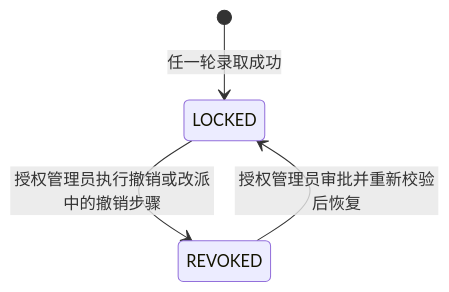
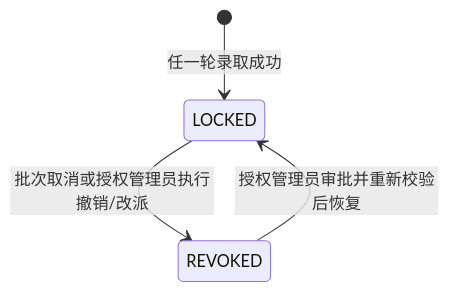
Before and after one commit to xiaot4321/hnust-selection: the third of 3 diagrams in docs/state-machine.md, drawn with Mermaid. The commit also changed other lines of this file and 103 other files, not shown here.

````diff
--- a/docs/state-machine.md
+++ b/docs/state-machine.md
@@ -187,6 +188,6 @@
 ```mermaid
 stateDiagram-v2
     [*] --> LOCKED: 任一轮录取成功
-    LOCKED --> REVOKED: 授权管理员执行撤销或改派中的撤销步骤
+    LOCKED --> REVOKED: 批次取消或授权管理员执行撤销/改派
     REVOKED --> LOCKED: 授权管理员审批并重新校验后恢复
 ```
````
